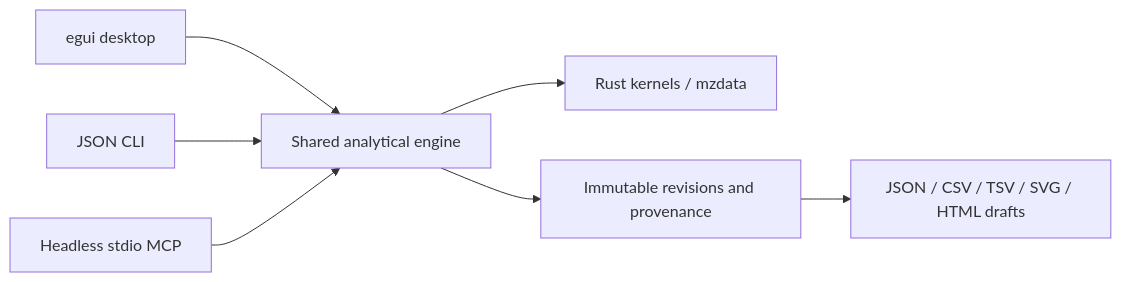
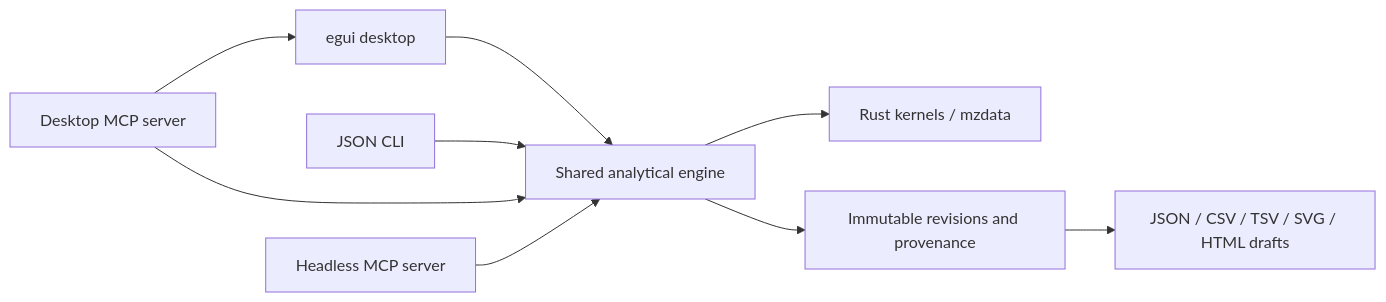
One commit to adamcseresznye/chromascope changed the diagram in README.md. Above: the diagram before and after it, drawn with Mermaid. The commit also changed other lines of this file and 1 other file, not shown here.

First line of the commit message:
Phase 5 item 15: bring README, MCP guide, user guide, feature matrix, release notes and changelog up to date

````diff
--- a/README.md
+++ b/README.md
@@ -54,9 +54,11 @@
 ```mermaid
 flowchart LR
   GUI[egui desktop] --> Engine[Shared analytical engine]
   CLI[JSON CLI] --> Engine
-  MCP[Headless stdio MCP] --> Engine
+  DMCP[Desktop MCP server] --> GUI
+  DMCP --> Engine
+  HMCP[Headless MCP server] --> Engine
   Engine --> Rust[Rust kernels / mzdata]
-    Engine --> Project[Immutable revisions and provenance]
+  Engine --> Project[Immutable revisions and provenance]
   Project --> Delivery[JSON / CSV / TSV / SVG / HTML drafts]
 ```
````
